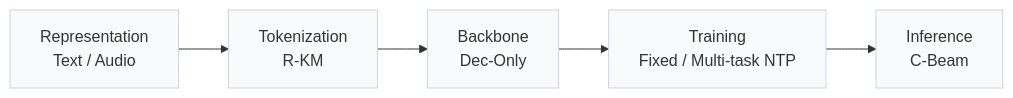
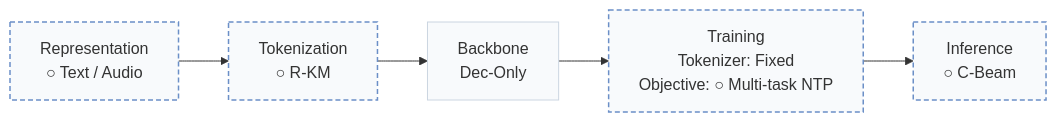
Before and after one commit to Galaxy-ghost/Awesome-SID-Generative-Rec: the first of 2 diagrams in pages/papers/neo.md, drawn with Mermaid. The commit also changed other lines of this file and 558 other files, not shown here.

````diff
--- a/pages/papers/neo.md
+++ b/pages/papers/neo.md
@@ -15,6 +19,8 @@
 ```mermaid
 flowchart LR
-    R["Representation<br/>Text / Audio"] --> T["Tokenization<br/>R-KM"] --> B["Backbone<br/>Dec-Only"] --> TR["Training<br/>Fixed / Multi-task NTP"] --> I["Inference<br/>C-Beam"]
+    R["Representation<br/>○ Text / Audio"] --> T["Tokenization<br/>○ R-KM"] --> B["Backbone<br/>Dec-Only"] --> TR["Training<br/>Tokenizer: Fixed<br/>Objective: ○ Multi-task NTP"] --> I["Inference<br/>○ C-Beam"]
     classDef base fill:#f8fafc,stroke:#cbd5e1
     class R,T,B,TR,I base
+    classDef other fill:#f8fafc,stroke:#6b8fc7,stroke-width:1.5px,stroke-dasharray:5 3
+    class R,T,TR,I other
 ```
````
